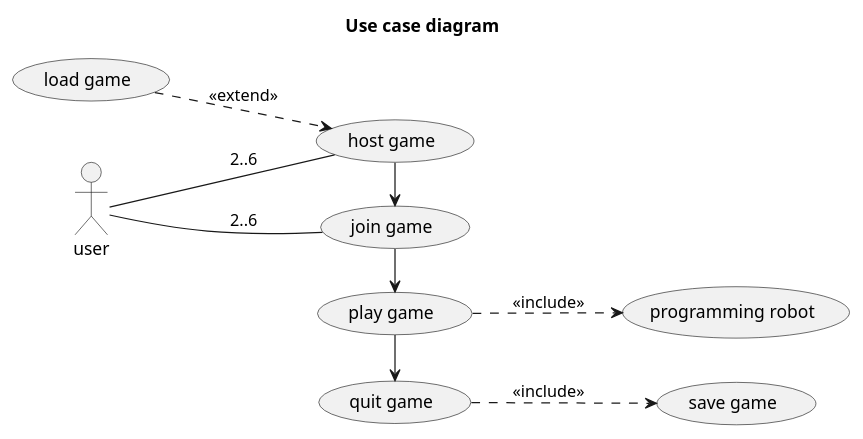
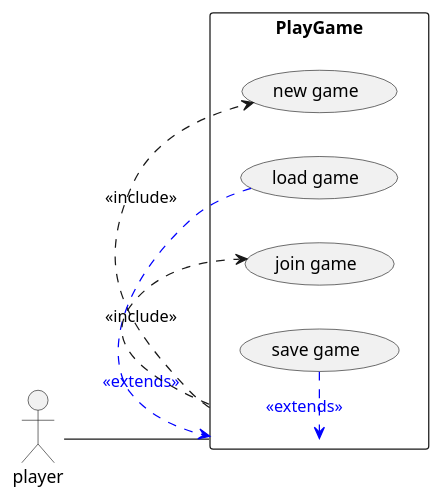
The diagram in src/UML/UseCase.puml (Mathiasw01/G.16RoborallyV1.1), drawn with PlantUML before and after one commit. The commit also changed 2 other files, not shown here.

Commit message:
Start ActivityDiagram,Class Diagram, Updated UD

```diff
--- a/src/UML/UseCase.puml
+++ b/src/UML/UseCase.puml
@@ -1,23 +1,16 @@
 @startuml
-'https://plantuml.com/use-case-diagram
-title Use case diagram
 left to right direction
-actor user
-'actor user2
+skinparam packageStyle rectangle
+actor player
+'actor player2
 
-  user -- (join game):2..6
-  user -- (host game):2..6
-  '(host game) -- user2
-  '(join game) -- user2
-
-  (load game)..>(host game):<<extend>>
-  (join game) -> (play game)
-  (host game) -> (join game)
-
-
-  (play game) -> (quit game)
-
-  (play game)..> (programming robot):<<include>>
-  (quit game)..> (save game):<<include>>
+rectangle PlayGame {
+  player -- (PlayGame)
+  (PlayGame) .> (new game) : <<include>>
+  (load game) .> (PlayGame) #blue;line.dashed;text:blue : <<extends>>
+  (PlayGame) .> (join game) : <<include>>
+  (save game) .> (PlayGame) #blue;line.dashed;text:blue : <<extends>>
+  '(PlayGame) -- player2
+}
 
 @enduml
```
